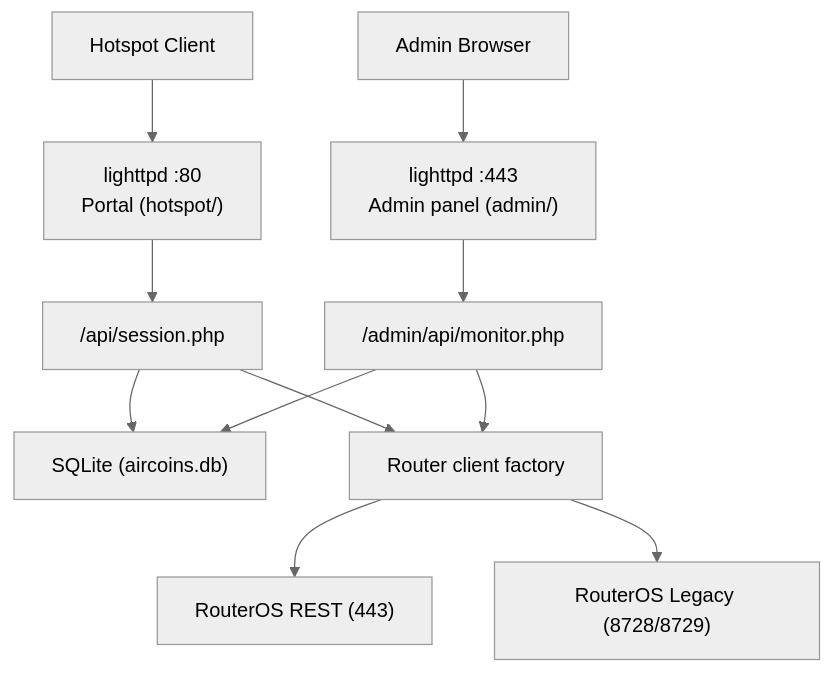
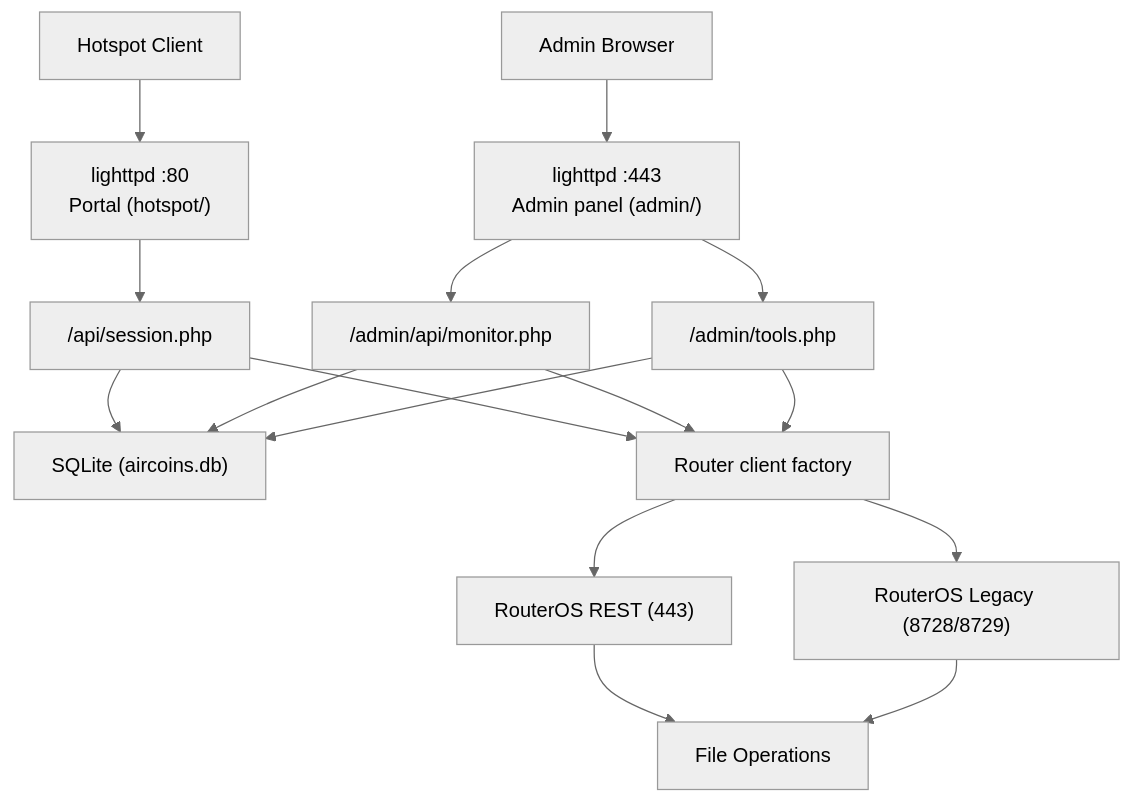
Before and after one commit to Djnirds1984/MT-CONTROLLER-PISOWIFI: the first of 8 diagrams in .qoder/repowiki/en/content/Troubleshooting & Maintenance/Diagnostic Tools & Techniques.md, drawn with Mermaid (neutral theme). The commit also changed other lines of this file and 45 other files, not shown here.

````diff
--- a/.qoder/repowiki/en/content/Troubleshooting & Maintenance/Diagnostic Tools & Techniques.md
+++ b/.qoder/repowiki/en/content/Troubleshooting & Maintenance/Diagnostic Tools & Techniques.md
@@ -47,13 +58,18 @@
 ```mermaid
 graph TB
 Client["Hotspot Client"] --> Portal["lighttpd :80<br/>Portal (hotspot/)"]
 AdminBrowser["Admin Browser"] --> AdminSite["lighttpd :443<br/>Admin panel (admin/)"]
 Portal --> SessionAPI["/api/session.php"]
 AdminSite --> MonitorAPI["/admin/api/monitor.php"]
+AdminSite --> ToolsAPI["/admin/tools.php"]
 SessionAPI --> DB["SQLite (aircoins.db)"]
 MonitorAPI --> DB
+ToolsAPI --> DB
 SessionAPI --> RouterClient["Router client factory"]
 MonitorAPI --> RouterClient
+ToolsAPI --> RouterClient
 RouterClient --> RouterREST["RouterOS REST (443)"]
 RouterClient --> RouterLegacy["RouterOS Legacy (8728/8729)"]
+RouterREST --> FileOps["File Operations"]
+RouterLegacy --> FileOps
 ```
````
